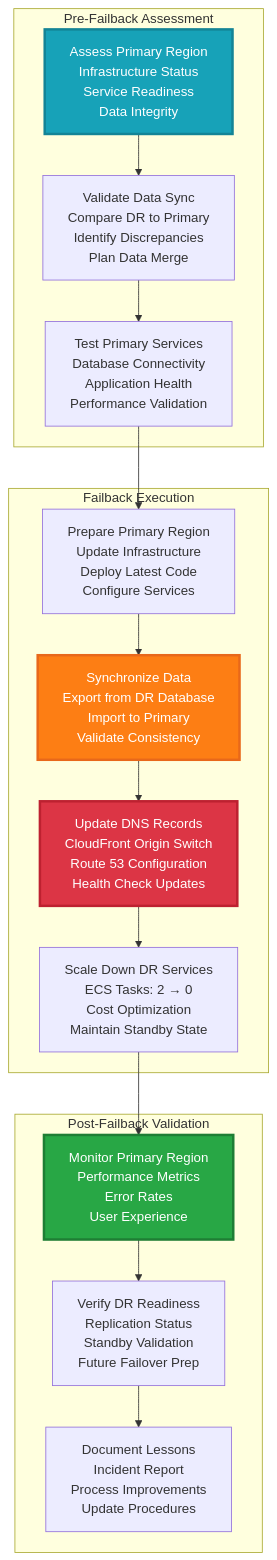
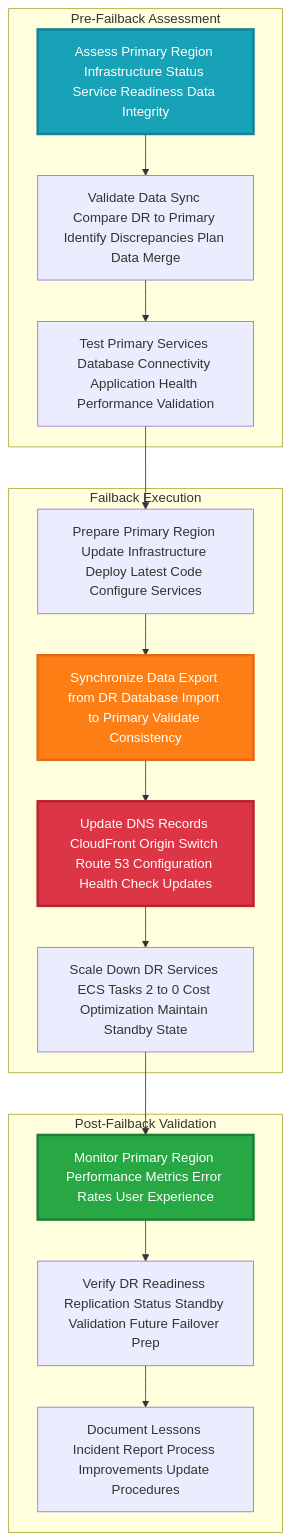
One commit to mangucletus/disaster-recovery-for-containerized-lamp-stack-application changed diagram 13 of 20 in README.md. Above: the diagram before and after it, drawn with Mermaid. The commit also changed other lines of this file, not shown here.

````diff
--- a/README.md
+++ b/README.md
@@ -1007,36 +1007,36 @@
 ```mermaid
 graph TD
     subgraph "Pre-Failback Assessment"
-        A1[Assess Primary Region<br/>Infrastructure Status<br/>Service Readiness<br/>Data Integrity]
-        A2[Validate Data Sync<br/>Compare DR to Primary<br/>Identify Discrepancies<br/>Plan Data Merge]
-        A3[Test Primary Services<br/>Database Connectivity<br/>Application Health<br/>Performance Validation]
+        A1[Assess Primary Region Infrastructure Status Service Readiness Data Integrity]
+        A2[Validate Data Sync Compare DR to Primary Identify Discrepancies Plan Data Merge]
+        A3[Test Primary Services Database Connectivity Application Health Performance Validation]
     end
     
     subgraph "Failback Execution"
-        B1[Prepare Primary Region<br/>Update Infrastructure<br/>Deploy Latest Code<br/>Configure Services]
-        B2[Synchronize Data<br/>Export from DR Database<br/>Import to Primary<br/>Validate Consistency]
-        B3[Update DNS Records<br/>CloudFront Origin Switch<br/>Route 53 Configuration<br/>Health Check Updates]
-        B4[Scale Down DR Services<br/>ECS Tasks: 2 → 0<br/>Cost Optimization<br/>Maintain Standby State]
+        B1[Prepare Primary Region Update Infrastructure Deploy Latest Code Configure Services]
+        B2[Synchronize Data Export from DR Database Import to Primary Validate Consistency]
+        B3[Update DNS Records CloudFront Origin Switch Route 53 Configuration Health Check Updates]
+        B4[Scale Down DR Services ECS Tasks 2 to 0 Cost Optimization Maintain Standby State]
     end
     
     subgraph "Post-Failback Validation"
-        C1[Monitor Primary Region<br/>Performance Metrics<br/>Error Rates<br/>User Experience]
-        C2[Verify DR Readiness<br/>Replication Status<br/>Standby Validation<br/>Future Failover Prep]
-        C3[Document Lessons<br/>Incident Report<br/>Process Improvements<br/>Update Procedures]
+        C1[Monitor Primary Region Performance Metrics Error Rates User Experience]
+        C2[Verify DR Readiness Replication Status Standby Validation Future Failover Prep]
+        C3[Document Lessons Incident Report Process Improvements Update Procedures]
     end
     
     A1 --> A2
     A2 --> A3
     A3 --> B1
     B1 --> B2
     B2 --> B3
     B3 --> B4
     B4 --> C1
     C1 --> C2
     C2 --> C3
     
     style A1 fill:#17a2b8,color:#ffffff,stroke:#138496,stroke-width:3px
     style B2 fill:#fd7e14,color:#ffffff,stroke:#e8681a,stroke-width:3px
     style B3 fill:#dc3545,color:#ffffff,stroke:#bd2130,stroke-width:3px
     style C1 fill:#28a745,color:#ffffff,stroke:#1e7e34,stroke-width:3px
 ```
````
